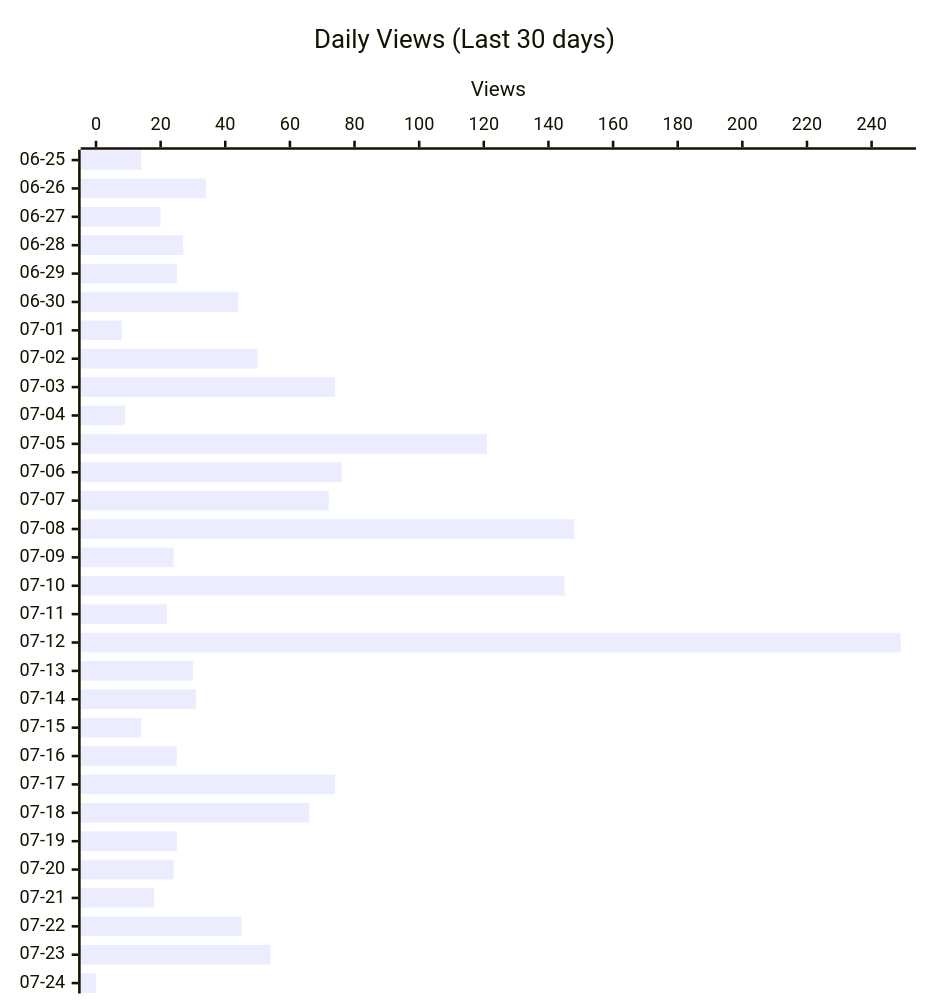
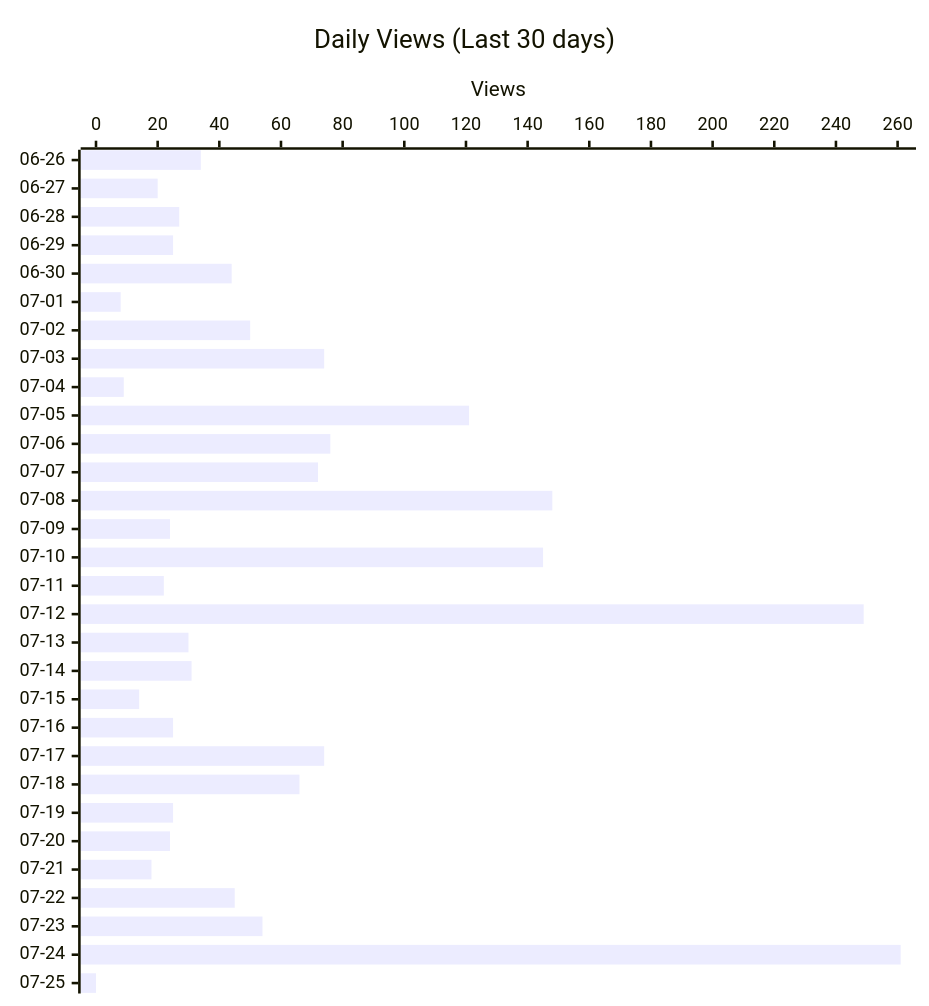
One commit to shigechika/github-insights changed the second of 4 diagrams in README.md. Above: the diagram before and after it, drawn with Mermaid. The commit also changed other lines of this file and 2 other files, not shown here.

````diff
--- a/README.md
+++ b/README.md
@@ -28,12 +28,12 @@
 ```mermaid
 ---
 config:
   xyChart:
     height: 760
 ---
 xychart-beta horizontal
     title "Daily Views (Last 30 days)"
-    x-axis ["06-25", "06-26", "06-27", "06-28", "06-29", "06-30", "07-01", "07-02", "07-03", "07-04", "07-05", "07-06", "07-07", "07-08", "07-09", "07-10", "07-11", "07-12", "07-13", "07-14", "07-15", "07-16", "07-17", "07-18", "07-19", "07-20", "07-21", "07-22", "07-23", "07-24"]
+    x-axis ["06-26", "06-27", "06-28", "06-29", "06-30", "07-01", "07-02", "07-03", "07-04", "07-05", "07-06", "07-07", "07-08", "07-09", "07-10", "07-11", "07-12", "07-13", "07-14", "07-15", "07-16", "07-17", "07-18", "07-19", "07-20", "07-21", "07-22", "07-23", "07-24", "07-25"]
     y-axis "Views"
-    bar [14, 34, 20, 27, 25, 44, 8, 50, 74, 9, 121, 76, 72, 148, 24, 145, 22, 249, 30, 31, 14, 25, 74, 66, 25, 24, 18, 45, 54, 0]
+    bar [34, 20, 27, 25, 44, 8, 50, 74, 9, 121, 76, 72, 148, 24, 145, 22, 249, 30, 31, 14, 25, 74, 66, 25, 24, 18, 45, 54, 261, 0]
 ```
````
